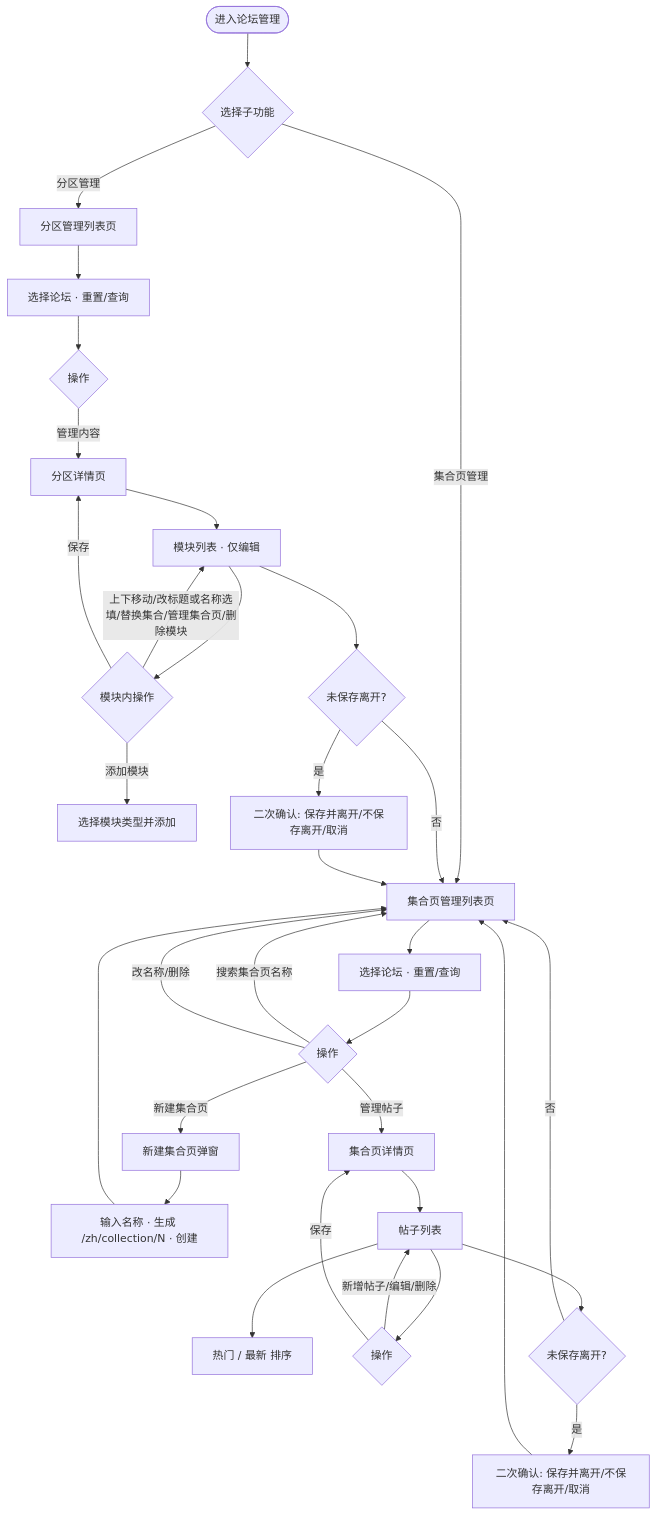
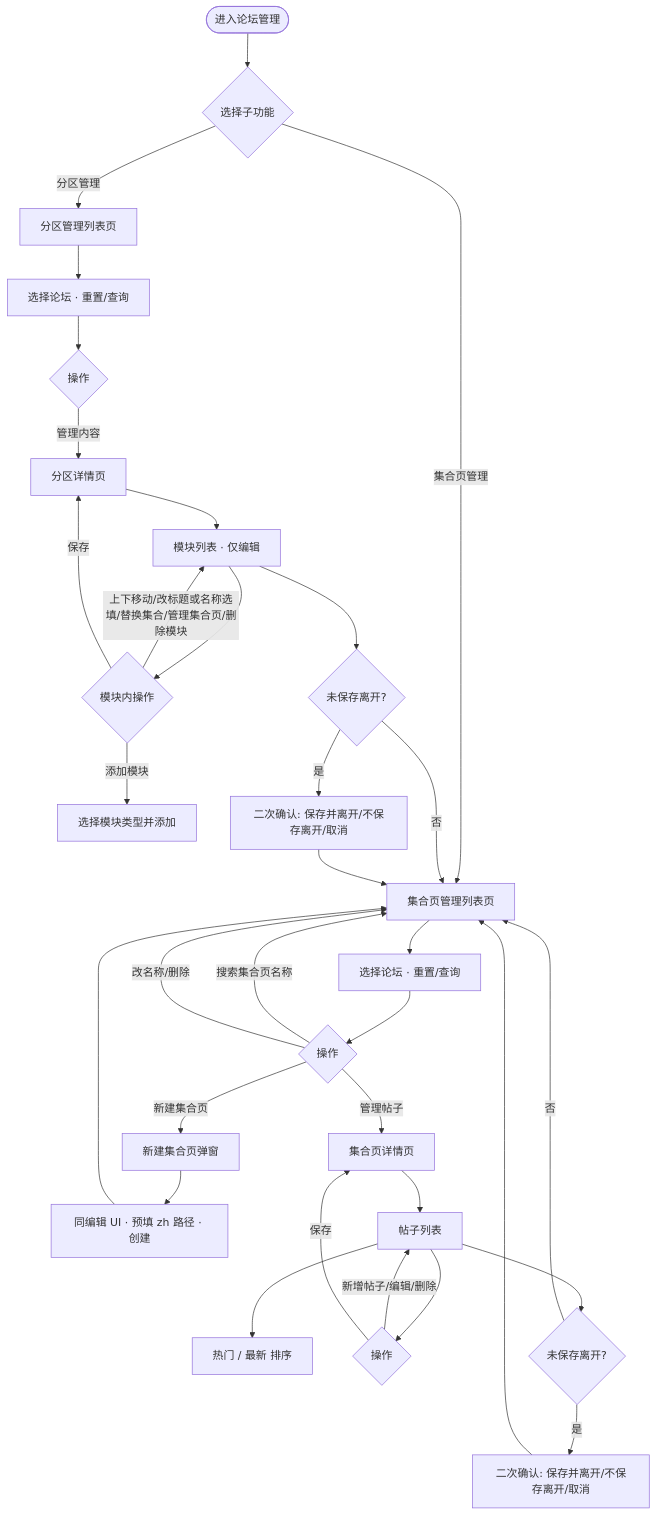
Before and after one commit to Chantinoo/joytap-admin: the diagram in docs/PRD-分区管理与集合页管理.md, drawn with Mermaid. The commit also changed other lines of this file and 3 other files, not shown here.

First line of the commit message:
feat(admin): unify create collection modal with edit form UI

````diff
--- a/docs/PRD-分区管理与集合页管理.md
+++ b/docs/PRD-分区管理与集合页管理.md
@@ -21,39 +21,39 @@
 ```mermaid
 flowchart TD
     Start([进入论坛管理]) --> Branch{选择子功能}
     Branch -->|分区管理| TabList[分区管理列表页]
     Branch -->|集合页管理| ColList[集合页管理列表页]
 
     TabList --> TabFilter[选择论坛 · 重置/查询]
     TabFilter --> TabActions{操作}
     TabActions -->|管理内容| TabDetail[分区详情页]
     TabDetail --> ModuleList[模块列表 · 仅编辑]
     ModuleList --> ModuleActions{模块内操作}
     ModuleActions -->|添加模块| AddModModal[选择模块类型并添加]
     ModuleActions -->|上下移动/改标题或名称选填/替换集合/管理集合页/删除模块| ModuleList
     ModuleActions -->|保存| TabDetail
     ModuleList --> Leave1{未保存离开?}
     Leave1 -->|是| Confirm1[二次确认: 保存并离开/不保存离开/取消]
     Leave1 -->|否| ColList
     Confirm1 --> ColList
 
     ColList --> ColFilter[选择论坛 · 重置/查询]
     ColFilter --> ColActions{操作}
     ColActions -->|搜索集合页名称| ColList
     ColActions -->|新建集合页| ColModal[新建集合页弹窗]
     ColActions -->|管理帖子| ColDetail[集合页详情页]
     ColActions -->|改名称/删除| ColList
 
-    ColModal --> ColSubmit[输入名称 · 生成 /zh/collection/N · 创建]
+    ColModal --> ColSubmit[同编辑 UI · 预填 zh 路径 · 创建]
     ColSubmit --> ColList
 
     ColDetail --> PostList[帖子列表]
     PostList --> Sort[热门 / 最新 排序]
     PostList --> PostActions{操作}
     PostActions -->|新增帖子/编辑/删除| PostList
     PostActions -->|保存| ColDetail
     PostList --> Leave2{未保存离开?}
     Leave2 -->|是| Confirm2[二次确认: 保存并离开/不保存离开/取消]
     Leave2 -->|否| ColList
     Confirm2 --> ColList
 ```
````
